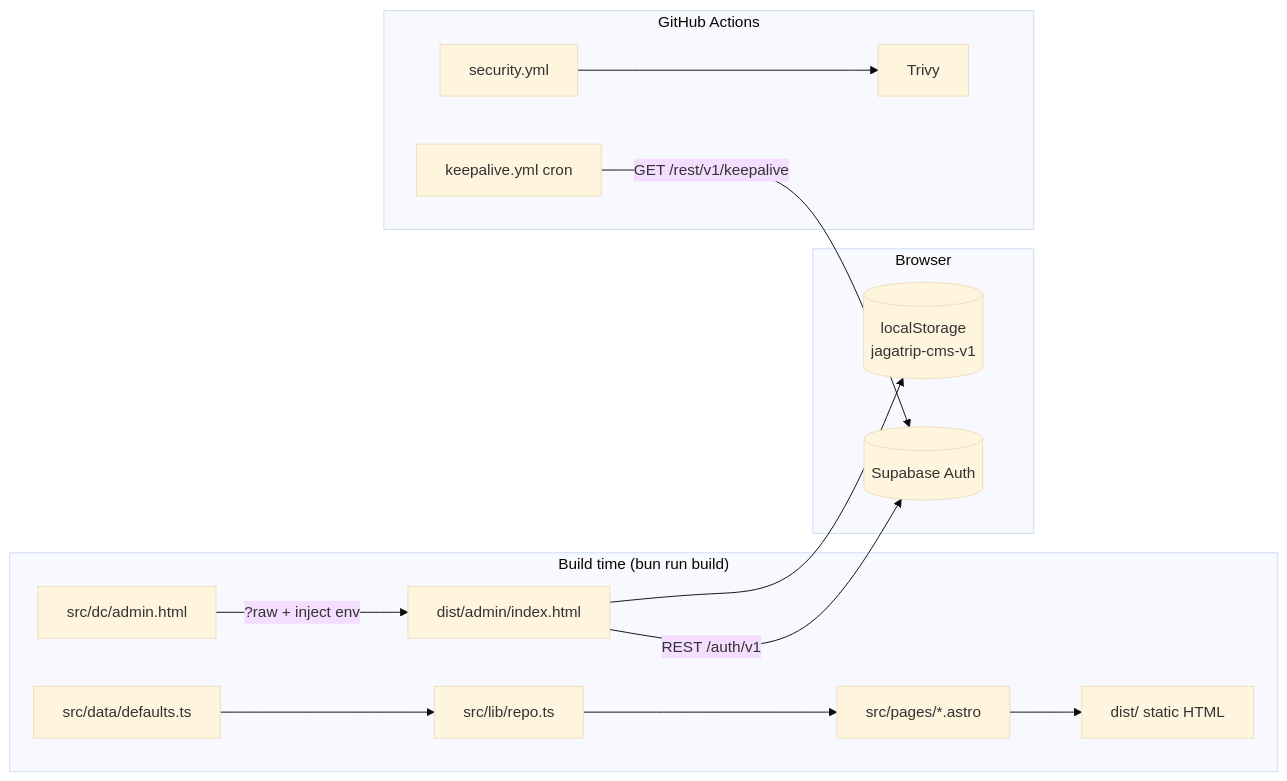
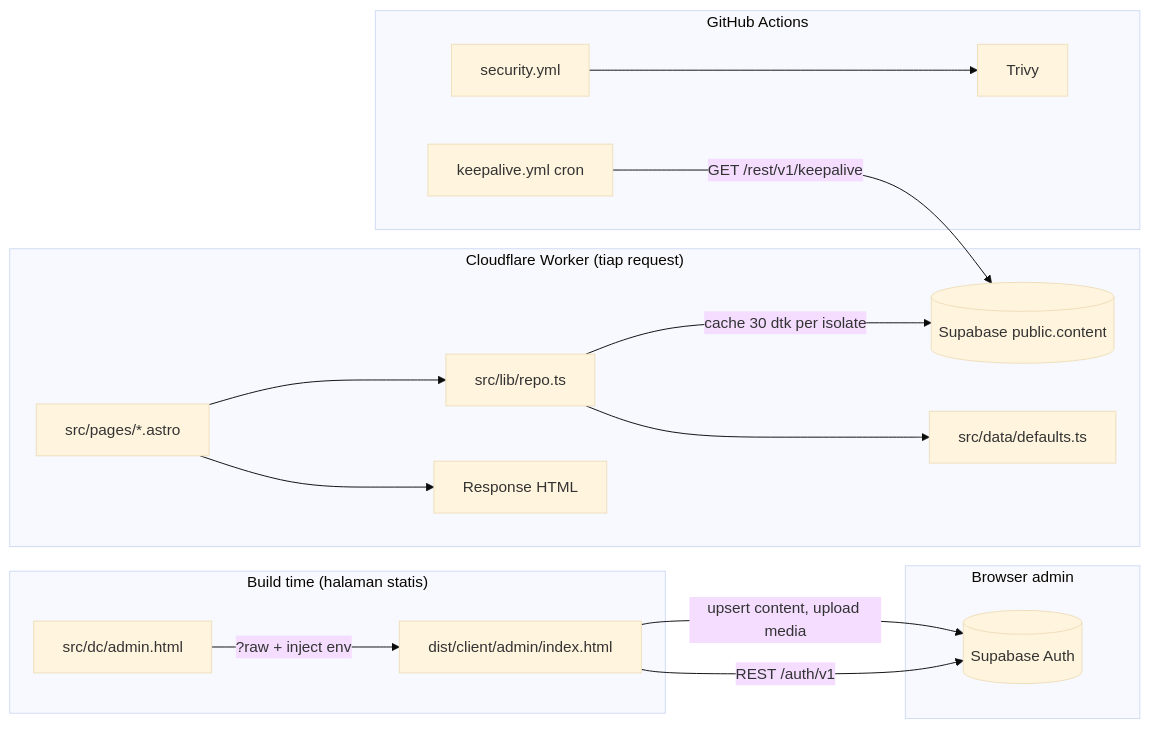
The first of 3 diagrams in README.md (web-alf/jagatrip-cms), drawn with Mermaid (base theme) before and after one commit. The commit also changed other lines of this file and 14 other files, not shown here.

````diff
--- a/README.md
+++ b/README.md
@@ -30,17 +31,20 @@
 ```mermaid
 flowchart LR
-  subgraph build["Build time (bun run build)"]
-    D[src/data/defaults.ts] --> R[src/lib/repo.ts]
-    R --> P[src/pages/*.astro]
-    P --> DIST[dist/ static HTML]
-    A[src/dc/admin.html] -->|?raw + inject env| AD[dist/admin/index.html]
+  subgraph worker["Cloudflare Worker (tiap request)"]
+    P[src/pages/*.astro] --> R[src/lib/repo.ts]
+    R -->|cache 30 dtk per isolate| S[(Supabase public.content)]
+    R --> D[src/data/defaults.ts]
+    P --> HTML[Response HTML]
   end
-  subgraph runtime["Browser"]
-    AD --> LS[(localStorage\njagatrip-cms-v1)]
+  subgraph prerender["Build time (halaman statis)"]
+    A[src/dc/admin.html] -->|?raw + inject env| AD[dist/client/admin/index.html]
+  end
+  subgraph runtime["Browser admin"]
     AD -->|REST /auth/v1| SB[(Supabase Auth)]
+    AD -->|upsert content, upload media| SB
   end
   subgraph ops["GitHub Actions"]
-    KA[keepalive.yml cron] -->|GET /rest/v1/keepalive| SB
+    KA[keepalive.yml cron] -->|GET /rest/v1/keepalive| S
     SEC[security.yml] --> TRIVY[Trivy]
   end
 ```
````
